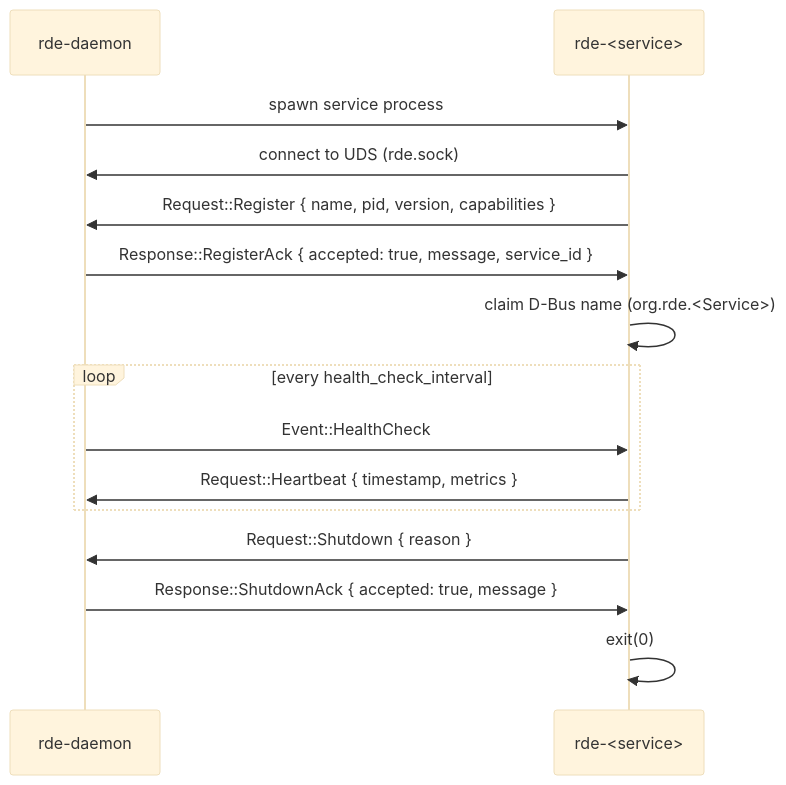
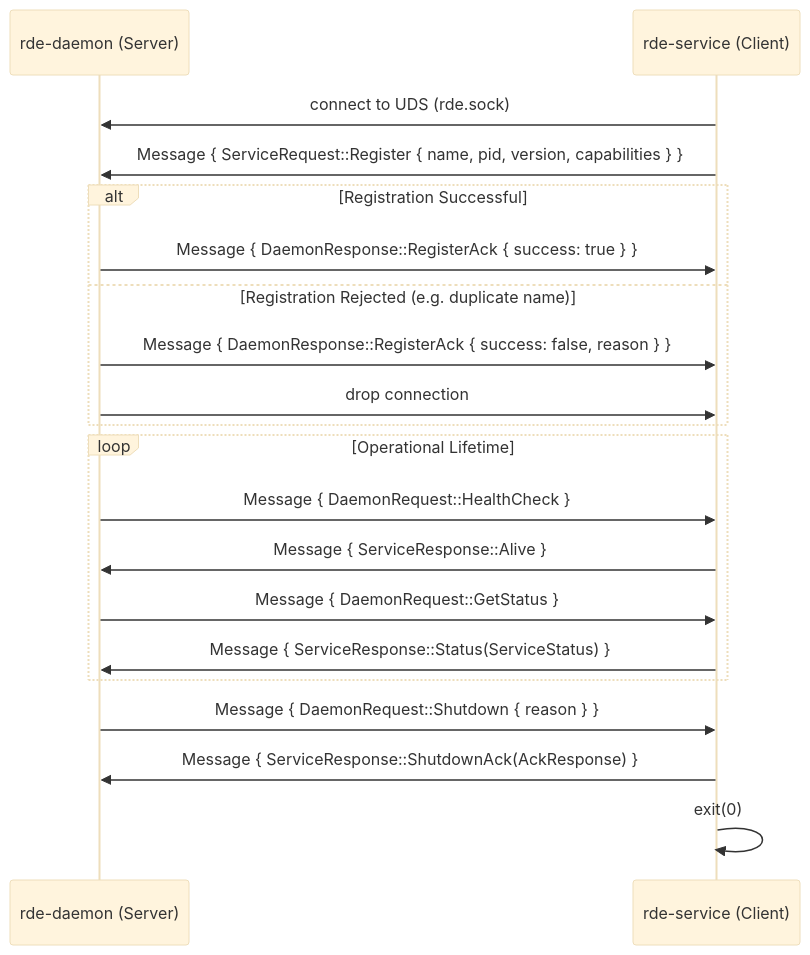
Before and after one commit to rijum8906/rde: the diagram in docs/ipc-protocol.md, drawn with Mermaid (base theme). The commit also changed other lines of this file, not shown here.

````diff
--- a/docs/ipc-protocol.md
+++ b/docs/ipc-protocol.md
@@ -124,20 +76,27 @@
 ```mermaid
 sequenceDiagram
-    participant D as rde-daemon
-    participant S as rde-<service>
+    participant D as rde-daemon (Server)
+    participant S as rde-service (Client)
 
-    D->>S: spawn service process
     S->>D: connect to UDS (rde.sock)
-    S->>D: Request::Register { name, pid, version, capabilities }
-    D->>S: Response::RegisterAck { accepted: true, message, service_id }
-    S->>S: claim D-Bus name (org.rde.<Service>)
-
-    loop every health_check_interval
-        D->>S: Event::HealthCheck
-        S->>D: Request::Heartbeat { timestamp, metrics }
+    S->>D: Message { ServiceRequest::Register { name, pid, version, capabilities } }
+    
+    alt Registration Successful
+        D->>S: Message { DaemonResponse::RegisterAck { success: true } }
+    else Registration Rejected (e.g. duplicate name)
+        D->>S: Message { DaemonResponse::RegisterAck { success: false, reason } }
+        D->>S: drop connection
+    end
+    
+    loop Operational Lifetime
+        D->>S: Message { DaemonRequest::HealthCheck }
+        S->>D: Message { ServiceResponse::Alive }
+        
+        D->>S: Message { DaemonRequest::GetStatus }
+        S->>D: Message { ServiceResponse::Status(ServiceStatus) }
     end
 
-    S->>D: Request::Shutdown { reason }
-    D->>S: Response::ShutdownAck { accepted: true, message }
+    D->>S: Message { DaemonRequest::Shutdown { reason } }
+    S->>D: Message { ServiceResponse::ShutdownAck(AckResponse) }
     S->>S: exit(0)
 ```
````
